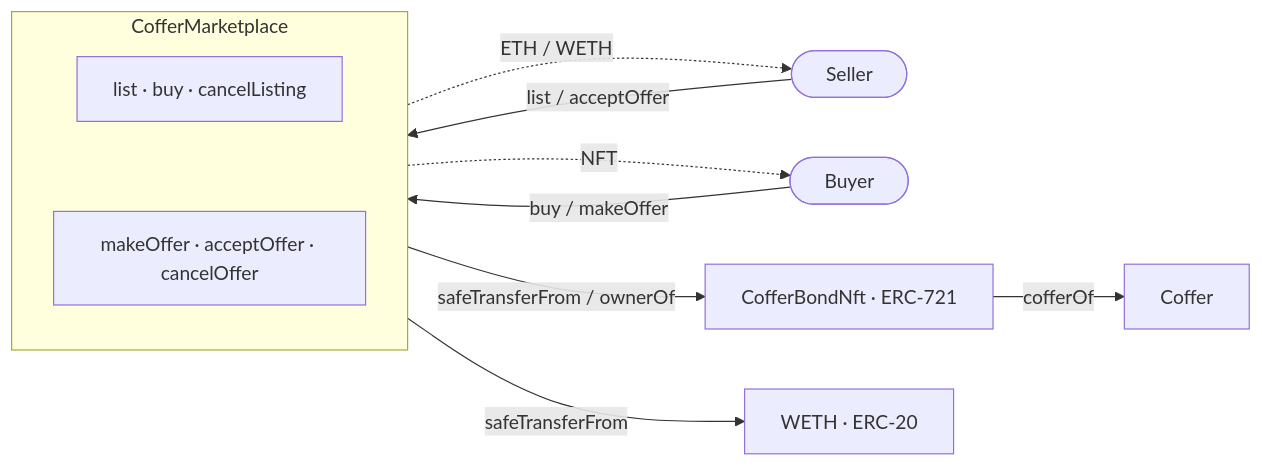
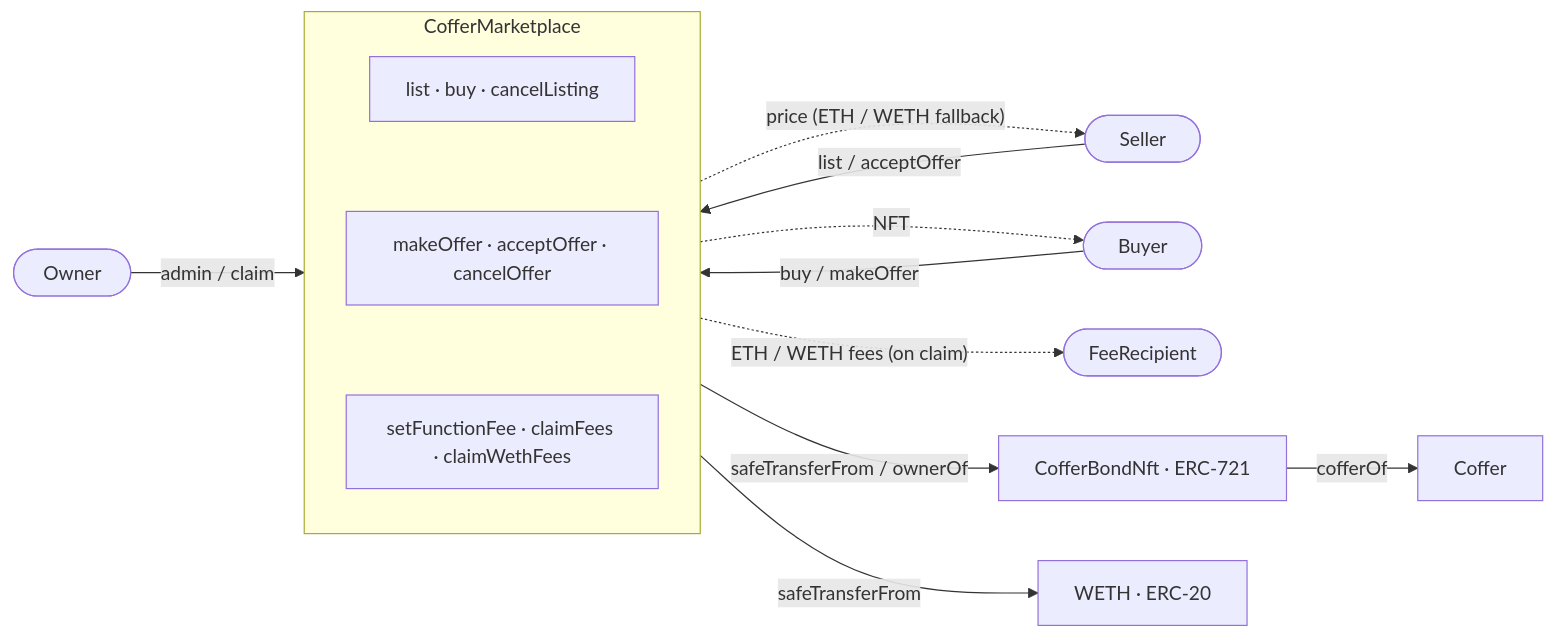
Before and after one commit to blockroad-doo/coffer-marketplace: the diagram in README.md, drawn with Mermaid. The commit also changed other lines of this file and 9 other files, not shown here.

````diff
--- a/README.md
+++ b/README.md
@@ -207,23 +259,29 @@
 ```mermaid
 flowchart LR
     Seller(["&nbsp;&nbsp;&nbsp; Seller &nbsp;&nbsp;&nbsp;"])
     Buyer(["&nbsp;&nbsp;&nbsp; Buyer &nbsp;&nbsp;&nbsp;"])
+    Owner(["&nbsp;&nbsp; Owner &nbsp;&nbsp;"])
+    Recipient(["&nbsp; FeeRecipient &nbsp;"])
 
     subgraph Marketplace["CofferMarketplace"]
         L["list · buy · cancelListing"]
         L ~~~ O
         O["makeOffer · acceptOffer · cancelOffer"]
+        O ~~~ A
+        A["setFunctionFee · claimFees · claimWethFees"]
     end
 
     BondNft["CofferBondNft · ERC-721"]
     Coffer["Coffer"]
     WETH["WETH · ERC-20"]
 
     Seller -- "list / acceptOffer" --> Marketplace
     Buyer -- "buy / makeOffer" --> Marketplace
-    Marketplace -. "ETH / WETH" .-> Seller
+    Owner -- "admin / claim" --> Marketplace
+    Marketplace -. "price (ETH / WETH fallback)" .-> Seller
     Marketplace -. "NFT" .-> Buyer
+    Marketplace -. "ETH / WETH fees (on claim)" .-> Recipient
     Marketplace -- "safeTransferFrom / ownerOf" --> BondNft
     BondNft -- "cofferOf" --> Coffer
     Marketplace -- "safeTransferFrom" --> WETH
 ```
````
